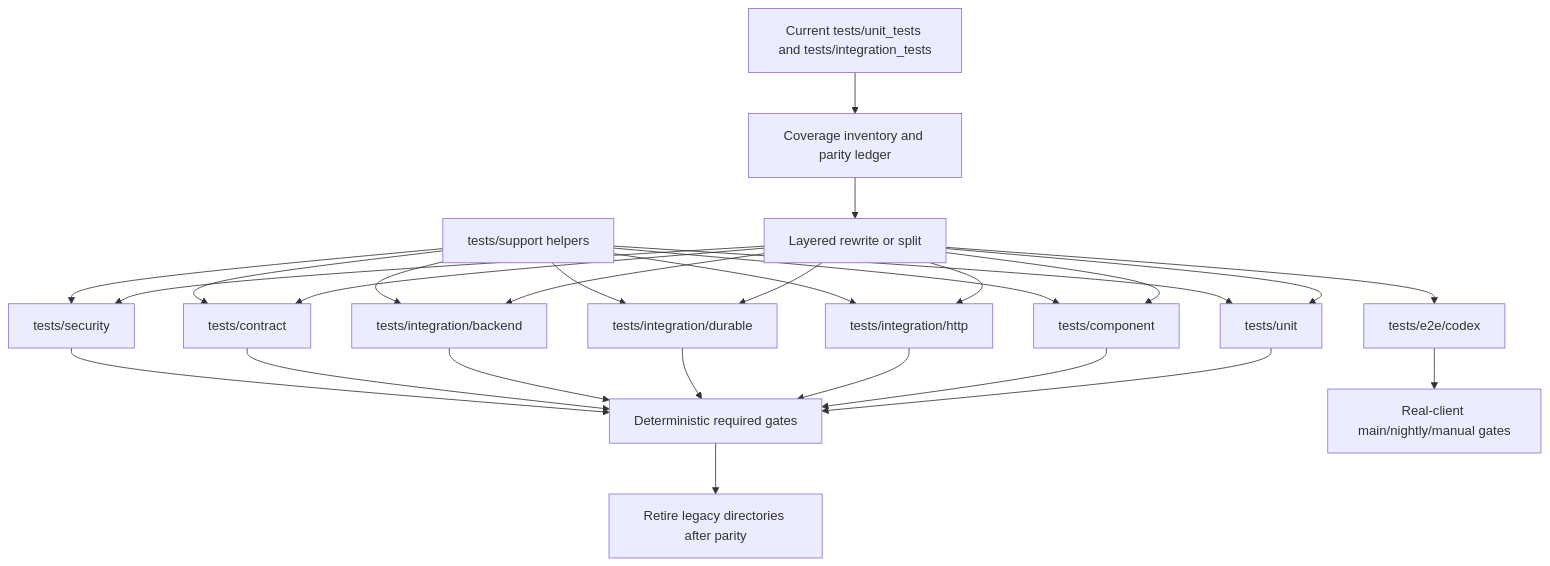
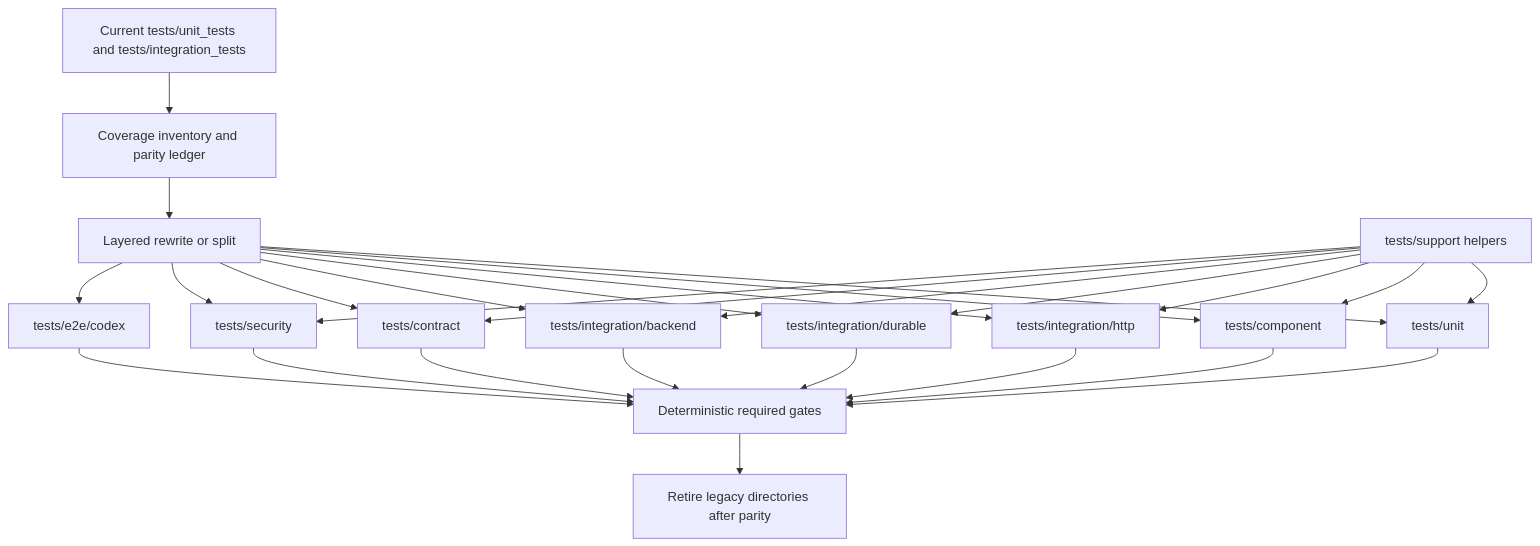
Before and after one commit to LaChimere/volare: the diagram in plans/testing-architecture/design.md, drawn with Mermaid. The commit also changed other lines of this file and 4 other files, not shown here.

````diff
--- a/plans/testing-architecture/design.md
+++ b/plans/testing-architecture/design.md
@@ -68,33 +68,33 @@
 ```mermaid
 graph TD
   Current[Current tests/unit_tests and tests/integration_tests] --> Inventory[Coverage inventory and parity ledger]
   Inventory --> Rewrite[Layered rewrite or split]
 
   Rewrite --> Unit[tests/unit]
   Rewrite --> Component[tests/component]
   Rewrite --> HTTP[tests/integration/http]
   Rewrite --> Durable[tests/integration/durable]
   Rewrite --> Backend[tests/integration/backend]
   Rewrite --> Contract[tests/contract]
   Rewrite --> Security[tests/security]
   Rewrite --> E2E[tests/e2e/codex]
 
   Support[tests/support helpers] --> Unit
   Support --> Component
   Support --> HTTP
   Support --> Durable
   Support --> Backend
   Support --> Contract
   Support --> Security
 
   Unit --> FastCI[Deterministic required gates]
   Component --> FastCI
   HTTP --> FastCI
   Durable --> FastCI
   Backend --> FastCI
   Contract --> FastCI
   Security --> FastCI
-  E2E --> SlowCI[Real-client main/nightly/manual gates]
+  E2E --> FastCI
 
   FastCI --> Retire[Retire legacy directories after parity]
 ```
````
